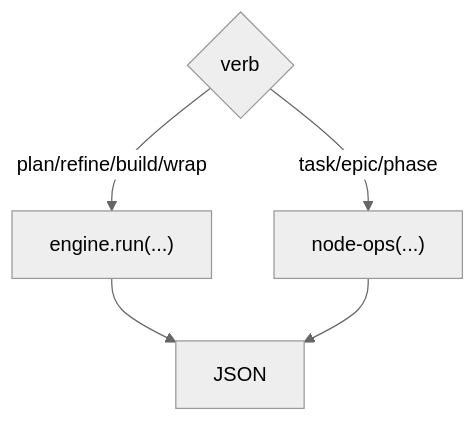
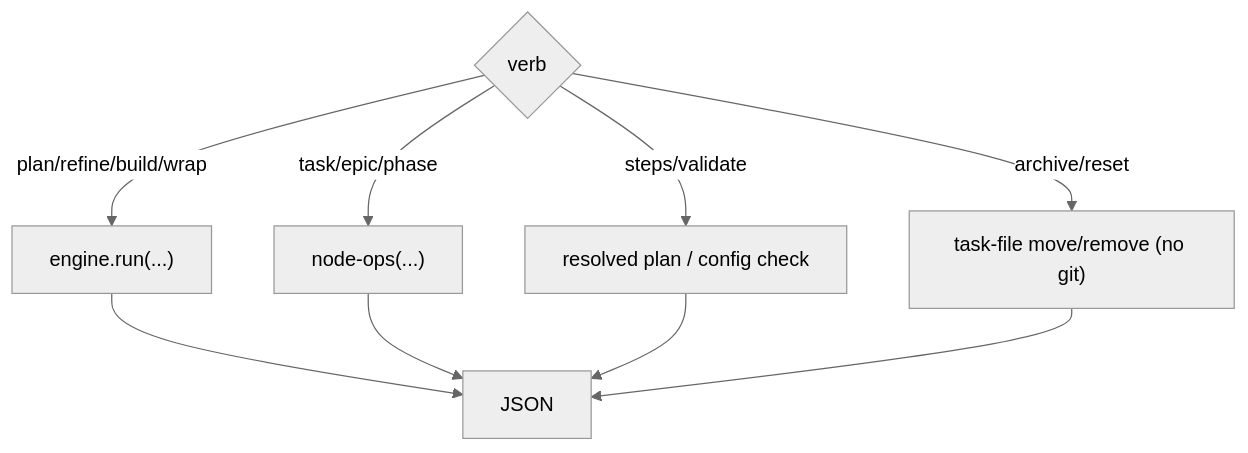
Before and after one commit to chafoo/anchored: the diagram in docs/core/cli/commands.md, drawn with Mermaid (neutral theme). The commit also changed other lines of this file and 1 other file, not shown here.

````diff
--- a/docs/core/cli/commands.md
+++ b/docs/core/cli/commands.md
@@ -23,7 +32,11 @@
 ```mermaid
 flowchart TB
     v{"verb"} -->|plan/refine/build/wrap| eng["engine.run(...)"]
     v -->|task/epic/phase <op>| ops["node-ops(...)"]
+    v -->|steps/validate| insp["resolved plan / config check"]
+    v -->|archive/reset| fs["task-file move/remove (no git)"]
     eng --> j["JSON"]
     ops --> j
+    insp --> j
+    fs --> j
 ```
````
